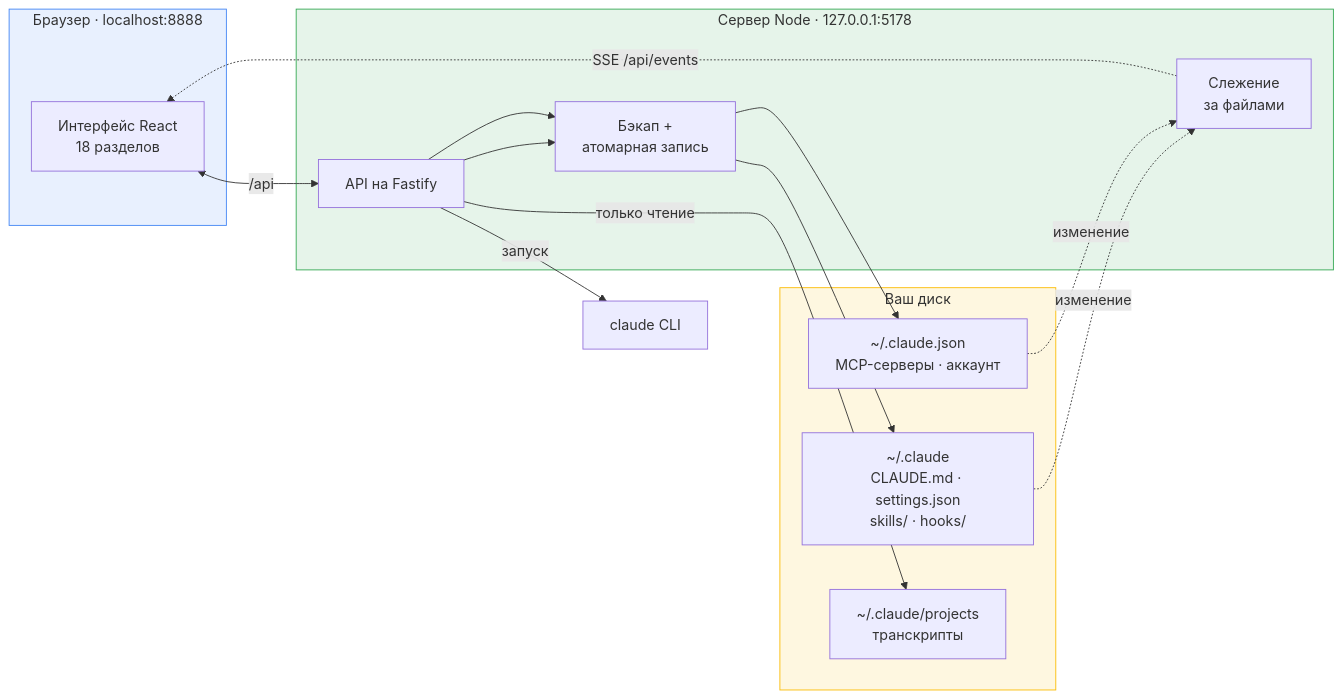
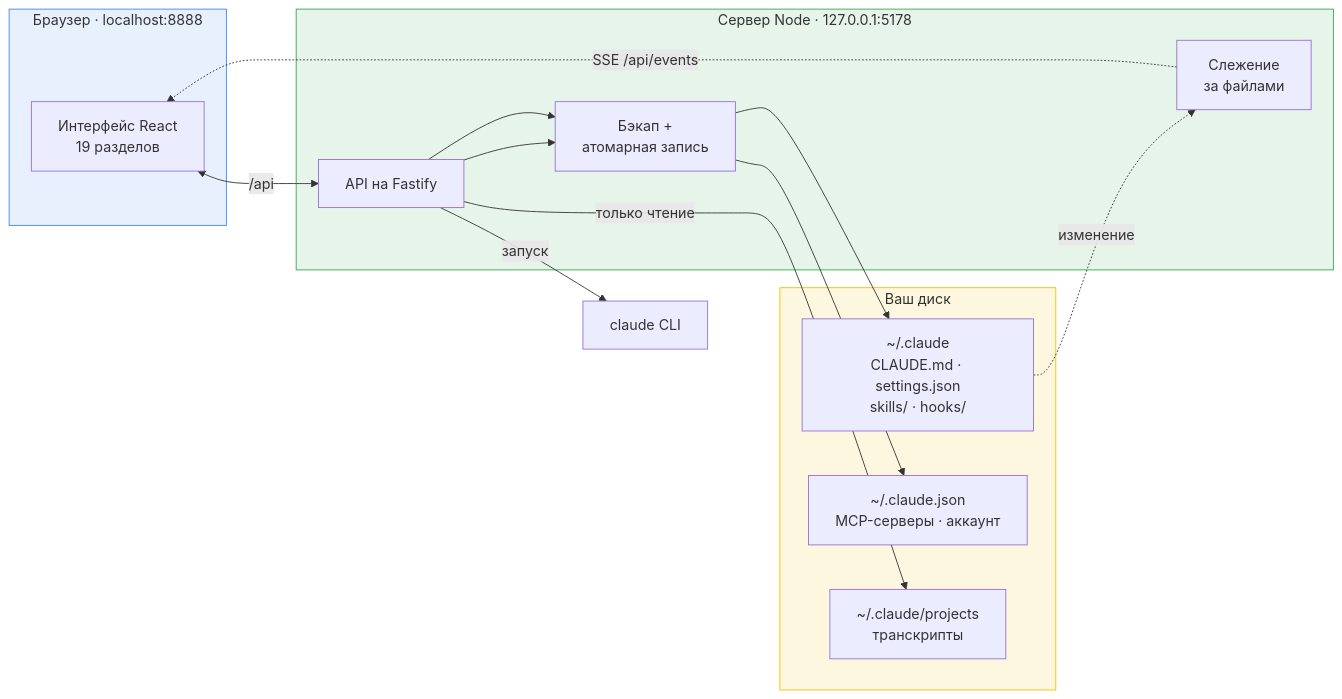
Before and after one commit to rusyander/claude-control: the first of 2 diagrams in README.ru.md, drawn with Mermaid. The commit also changed other lines of this file and 245 other files, not shown here.

````diff
--- a/README.ru.md
+++ b/README.ru.md
@@ -99,33 +76,32 @@
 ```mermaid
 flowchart LR
     subgraph browser["Браузер · localhost:8888"]
-        UI["Интерфейс React<br/>18 разделов"]
+        UI["Интерфейс React<br/>19 разделов"]
     end
 
     subgraph server["Сервер Node · 127.0.0.1:5178"]
         API["API на Fastify"]
         WATCH["Слежение<br/>за файлами"]
         SAFE["Бэкап +<br/>атомарная запись"]
     end
 
     subgraph disk["Ваш диск"]
         CFG["~/.claude<br/>CLAUDE.md · settings.json<br/>skills/ · hooks/"]
         MCP["~/.claude.json<br/>MCP-серверы · аккаунт"]
         TR["~/.claude/projects<br/>транскрипты"]
     end
 
     CLI["claude CLI"]
 
     UI <-->|"/api"| API
     API --> SAFE --> CFG
     API --> SAFE --> MCP
     API -->|только чтение| TR
     API -->|запуск| CLI
     CFG -.->|изменение| WATCH
-    MCP -.->|изменение| WATCH
     WATCH -.->|"SSE /api/events"| UI
 
     style browser fill:#e8f0fe,stroke:#4285f4
     style server fill:#e6f4ea,stroke:#34a853
     style disk fill:#fef7e0,stroke:#fbbc04
 ```
````
